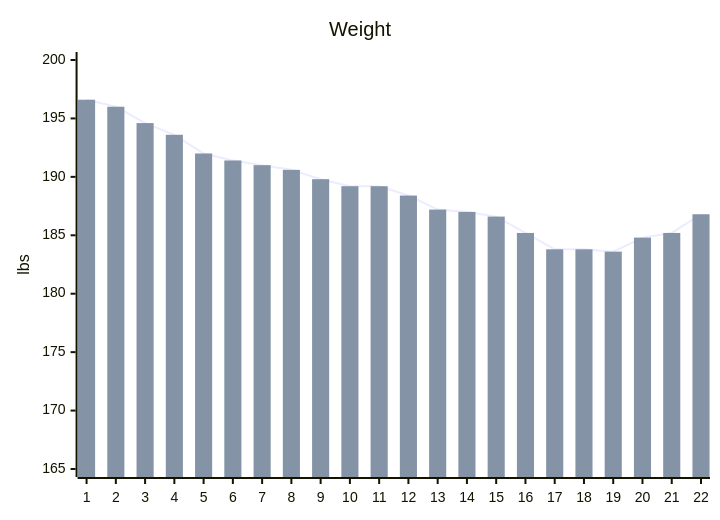
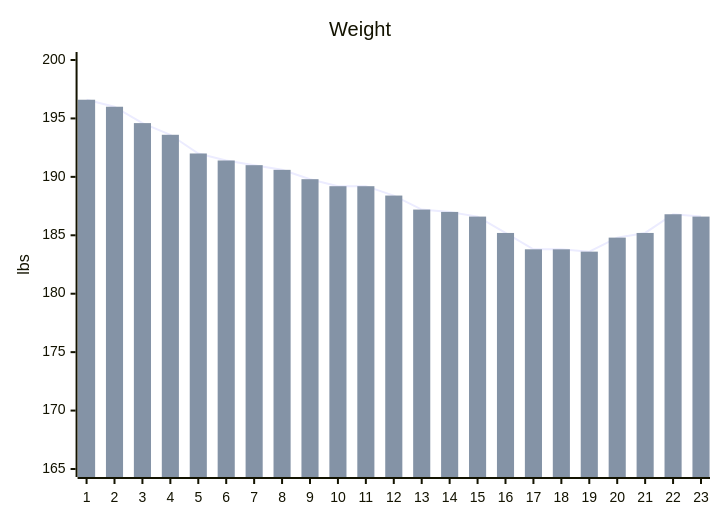
Before and after one commit to stevenelson35/stevenelson35.github.io: the diagram in all_collections/_personal/goals.md, drawn with Mermaid. The commit also changed other lines of this file, not shown here.

```diff
--- a/all_collections/_personal/goals.md
+++ b/all_collections/_personal/goals.md
@@ -11,8 +11,8 @@
 <pre class="mermaid" >
   xychart-beta
     title "Weight" 
-    x-axis [1, 2, 3, 4, 5, 6, 7, 8, 9, 10, 11, 12, 13, 14, 15, 16, 17, 18, 19, 20, 21, 22] 
+    x-axis [1, 2, 3, 4, 5, 6, 7, 8, 9, 10, 11, 12, 13, 14, 15, 16, 17, 18, 19, 20, 21, 22, 23] 
     y-axis "lbs" 165 --> 200
-    line [196.6, 196.0, 194.6, 193.6, 192.0, 191.4, 191.0, 190.6, 189.8, 189.2, 189.2, 188.4, 187.2, 187.0, 186.6, 185.2, 183.8, 183.8, 183.6, 184.8, 185.2, 186.8]
-    bar [196.6, 196.0, 194.6, 193.6, 192.0, 191.4, 191.0, 190.6, 189.8, 189.2, 189.2, 188.4, 187.2, 187.0, 186.6, 185.2, 183.8, 183.8, 183.6, 184.8, 185.2, 186.8]
+    line [196.6, 196.0, 194.6, 193.6, 192.0, 191.4, 191.0, 190.6, 189.8, 189.2, 189.2, 188.4, 187.2, 187.0, 186.6, 185.2, 183.8, 183.8, 183.6, 184.8, 185.2, 186.8, 186.6]
+    bar [196.6, 196.0, 194.6, 193.6, 192.0, 191.4, 191.0, 190.6, 189.8, 189.2, 189.2, 188.4, 187.2, 187.0, 186.6, 185.2, 183.8, 183.8, 183.6, 184.8, 185.2, 186.8, 186.6]
 </pre>
```
